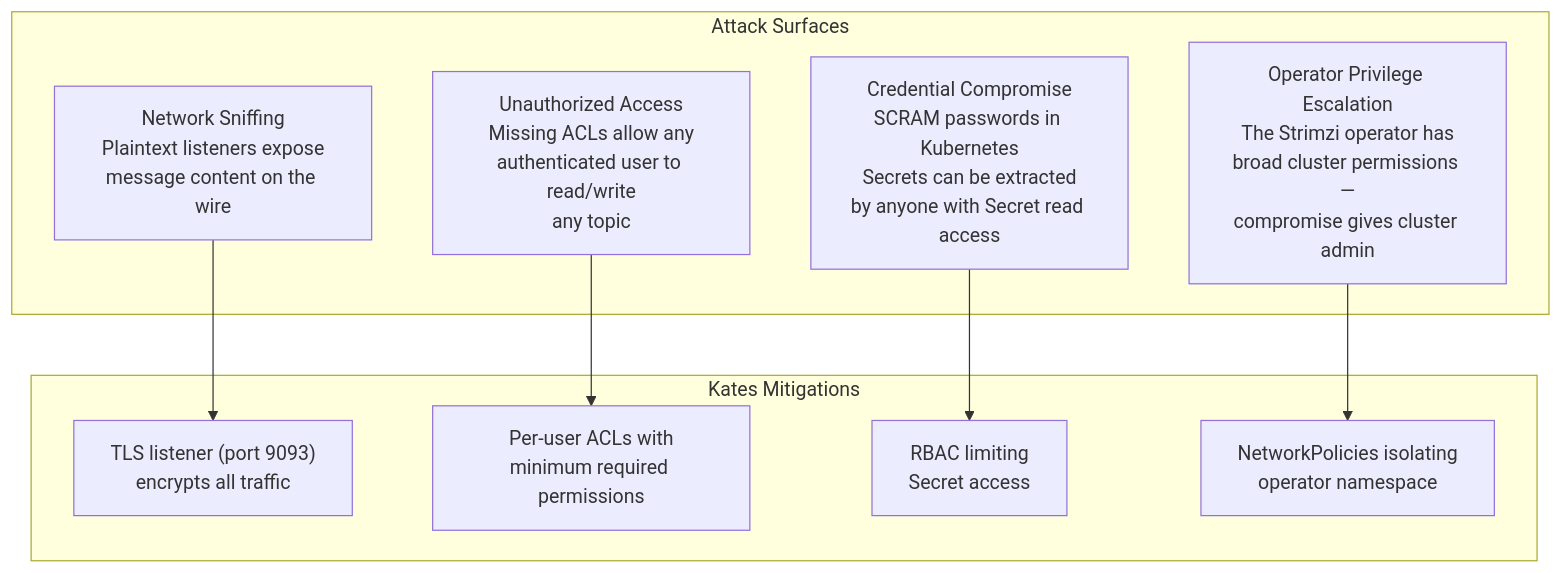
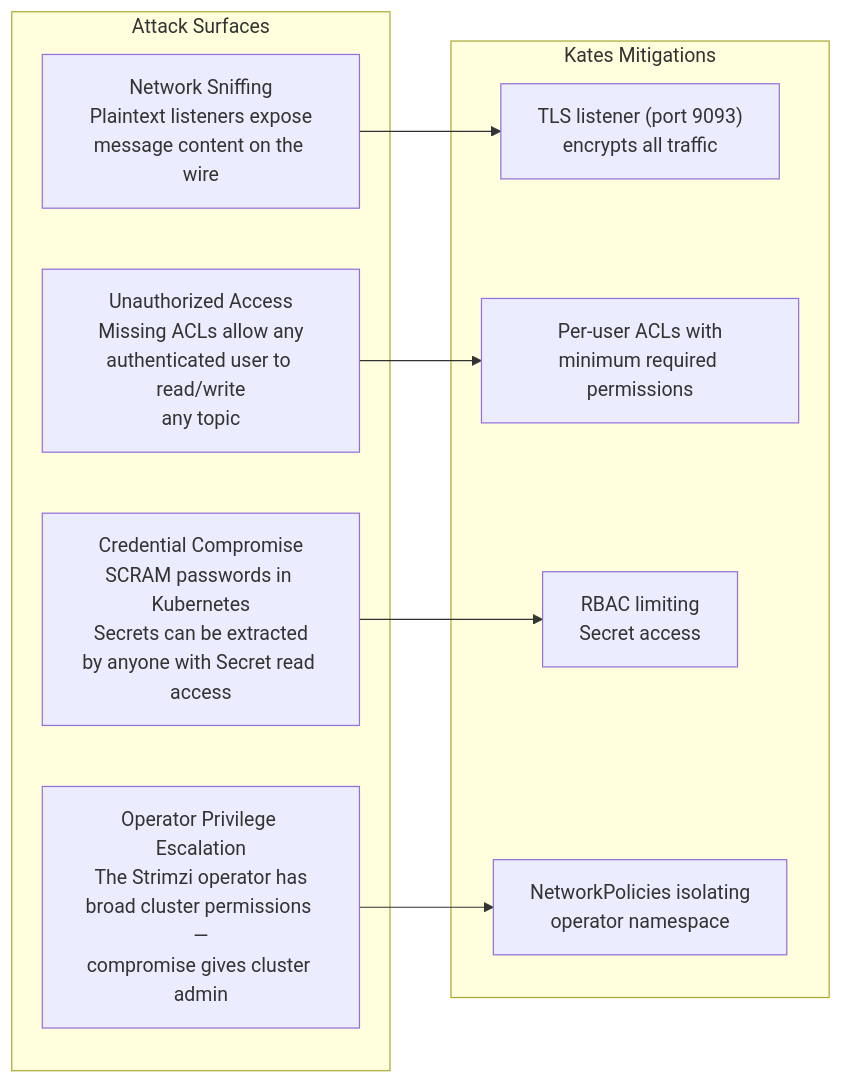
Before and after one commit to actions-marketplace-validations/bmscomp_kates: the first of 6 diagrams in docs/book/17-security.md, drawn with Mermaid. The commit also changed other lines of this file and 27 other files, not shown here.

````diff
--- a/docs/book/17-security.md
+++ b/docs/book/17-security.md
@@ -17,21 +17,24 @@
 ```mermaid
-graph TD
+%%| label: fig-sec-threat-model
+%%| fig-cap: "Four primary Kafka attack surfaces on Kubernetes and their corresponding Kates mitigations."
+%%| fig-alt: "Diagram mapping four Attack Surfaces to four Kates Mitigations: Network Sniffing on plaintext listeners maps to the TLS listener on port 9093 encrypting traffic; Unauthorized Access from missing ACLs maps to per-user ACLs with minimum required permissions; Credential Compromise of SCRAM passwords in Kubernetes Secrets maps to RBAC limiting Secret access; and Operator Privilege Escalation maps to NetworkPolicies isolating the operator namespace."
+graph LR
     subgraph Threats["Attack Surfaces"]
         T1["Network Sniffing<br/>Plaintext listeners expose<br/>message content on the wire"]
         T2["Unauthorized Access<br/>Missing ACLs allow any<br/>authenticated user to read/write<br/>any topic"]
         T3["Credential Compromise<br/>SCRAM passwords in Kubernetes<br/>Secrets can be extracted<br/>by anyone with Secret read access"]
         T4["Operator Privilege Escalation<br/>The Strimzi operator has<br/>broad cluster permissions —<br/>compromise gives cluster admin"]
     end
 
     subgraph Mitigations["Kates Mitigations"]
         M1["TLS listener (port 9093)<br/>encrypts all traffic"]
         M2["Per-user ACLs with<br/>minimum required permissions"]
         M3["RBAC limiting<br/>Secret access"]
         M4["NetworkPolicies isolating<br/>operator namespace"]
     end
 
     T1 --> M1
     T2 --> M2
     T3 --> M3
     T4 --> M4
 ```
````
